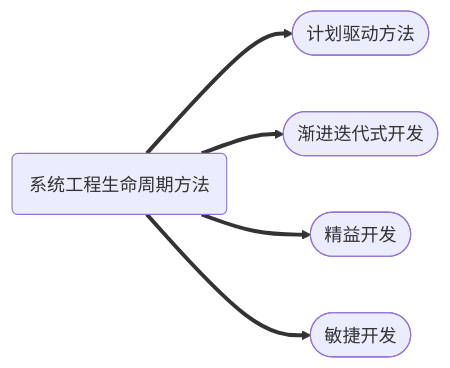
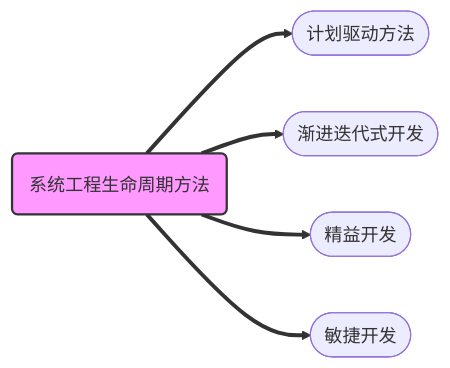
The third of 4 diagrams in Documentation/ruankao/system-engineering.rst (Rtoax/test-linux), drawn with Mermaid before and after one commit. The commit also changed other lines of this file and 1 other file, not shown here.

```diff
--- a/Documentation/ruankao/system-engineering.rst
+++ b/Documentation/ruankao/system-engineering.rst
@@ -69,8 +72,10 @@
 .. mermaid::
    :caption: 系统工程生命周期方法
 
     flowchart LR
         Method(系统工程生命周期方法) ==> Method1([计划驱动方法])
         Method(系统工程生命周期方法) ==> Method2([渐进迭代式开发])
         Method(系统工程生命周期方法) ==> Method3([精益开发])
         Method(系统工程生命周期方法) ==> Method4([敏捷开发])
+
+        style Method fill:#f9f,stroke:#333,stroke-width:2px
```
